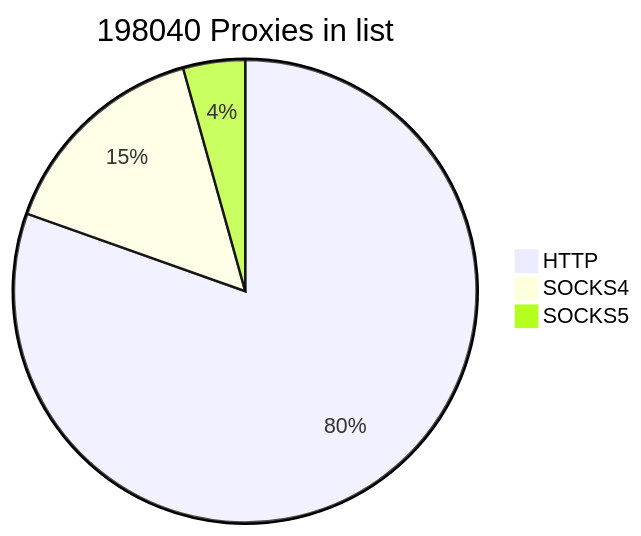
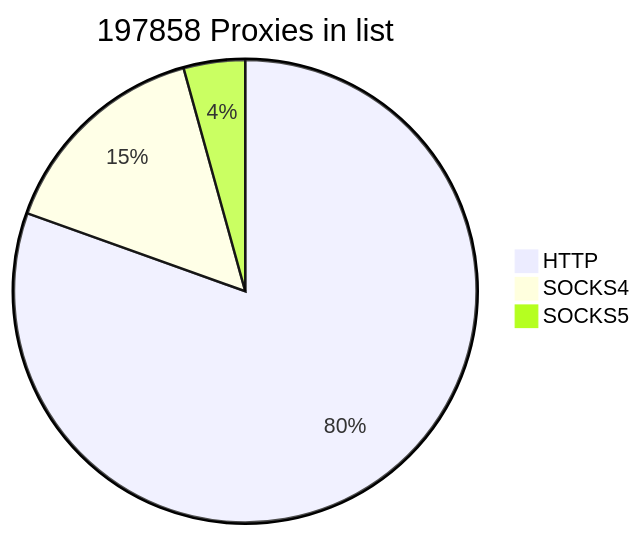
One commit to cutipu/proxylist changed the first of 2 diagrams in README.md. Above: the diagram before and after it, drawn with Mermaid. The commit also changed other lines of this file, not shown here.

````diff
--- a/README.md
+++ b/README.md
@@ -2,7 +2,7 @@
 ```mermaid
-pie title 198040 Proxies in list
-    "HTTP" : 159293
-    "SOCKS4" : 30181
-    "SOCKS5" : 8566
+pie title 197858 Proxies in list
+    "HTTP" : 159212
+    "SOCKS4" : 30152
+    "SOCKS5" : 8494
             
 ```
````
